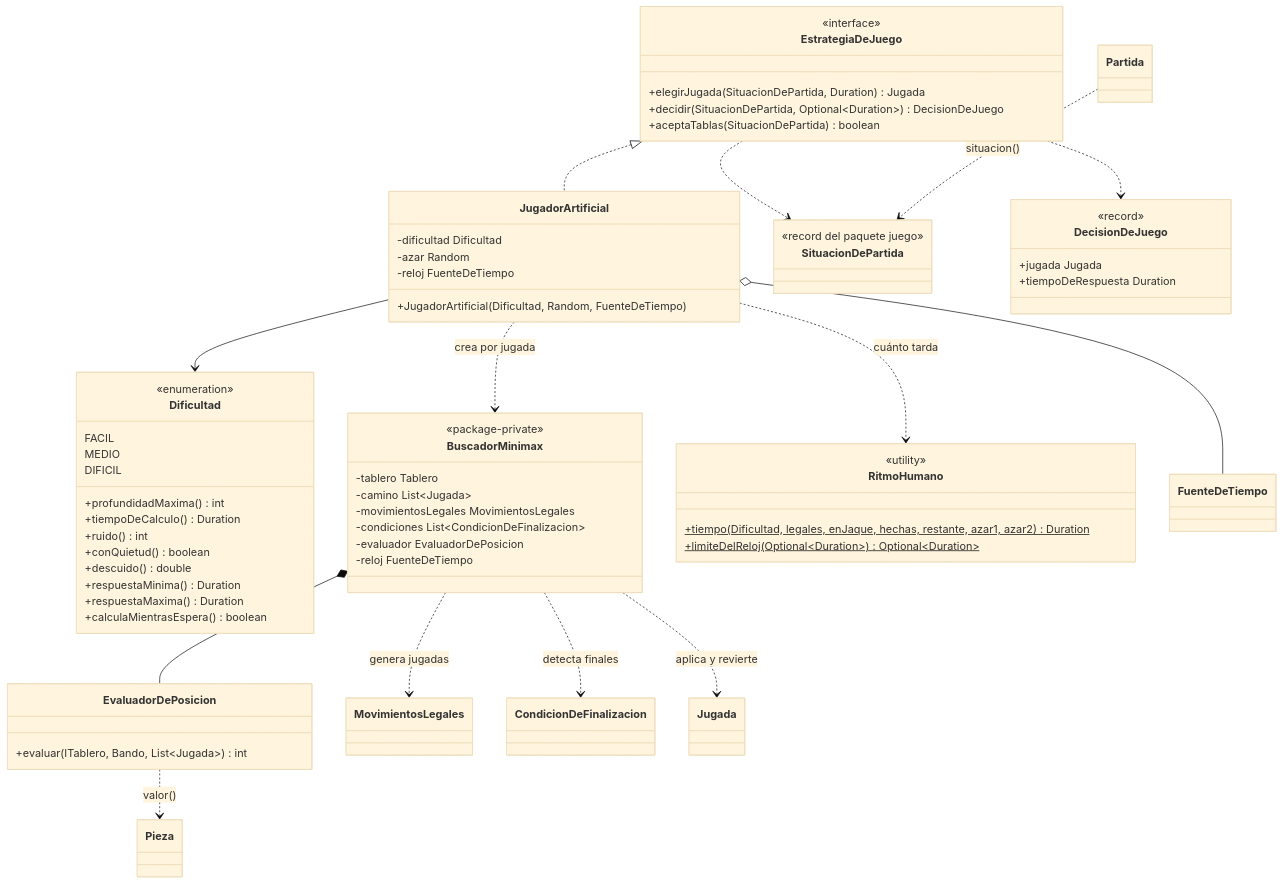
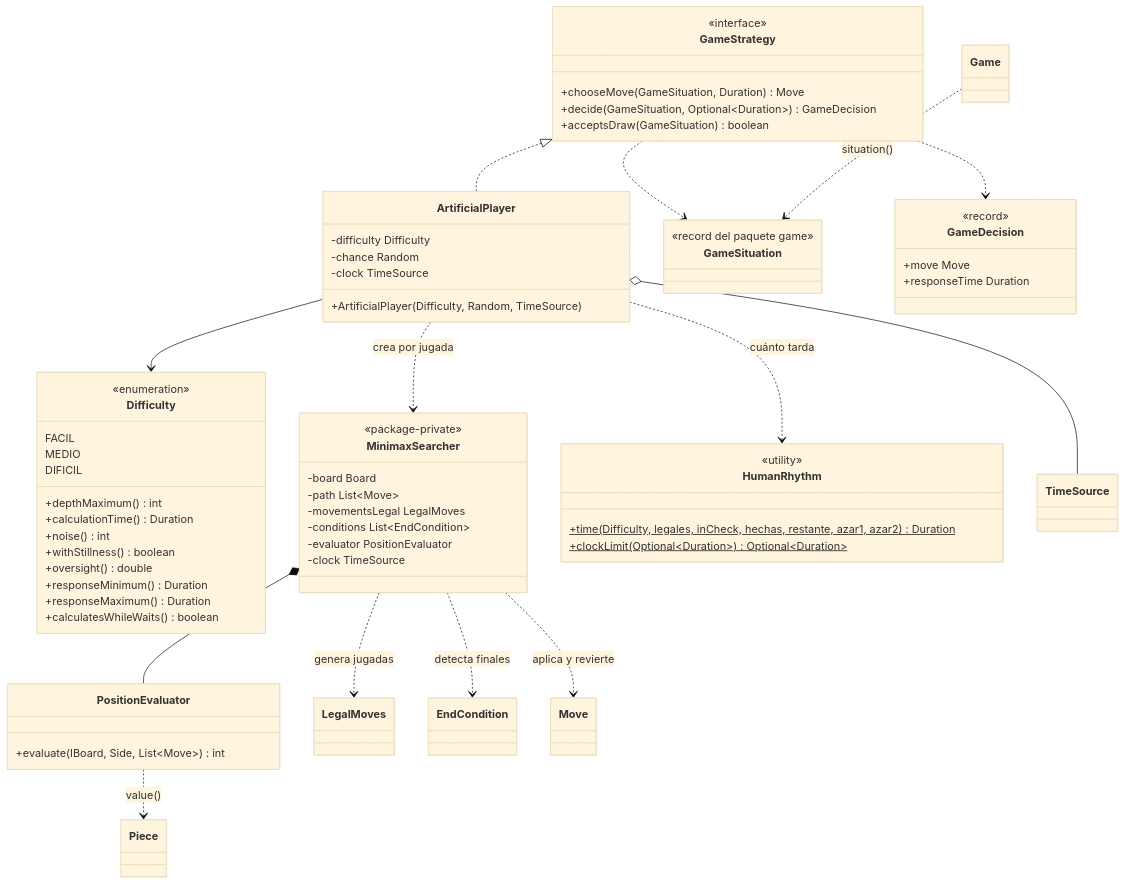
Before and after one commit to JoaquinIgnacioCampos/Chiquichess: the diagram in docs/uml/06-ia.md, drawn with Mermaid (base theme). The commit also changed other lines of this file and 12 other files, not shown here.

First line of the commit message:
Actualiza el UML al código en inglés y suma las clases nuevas

````diff
--- a/docs/uml/06-ia.md
+++ b/docs/uml/06-ia.md
@@ -15,77 +15,77 @@
 ```mermaid
 classDiagram
     direction TB
 
-    class EstrategiaDeJuego {
+    class GameStrategy {
         <<interface>>
-        +elegirJugada(SituacionDePartida, Duration) Jugada
-        +decidir(SituacionDePartida, Optional~Duration~) DecisionDeJuego
-        +aceptaTablas(SituacionDePartida) boolean
+        +chooseMove(GameSituation, Duration) Move
+        +decide(GameSituation, Optional~Duration~) GameDecision
+        +acceptsDraw(GameSituation) boolean
     }
 
-    class JugadorArtificial {
-        -dificultad Dificultad
-        -azar Random
-        -reloj FuenteDeTiempo
-        +JugadorArtificial(Dificultad, Random, FuenteDeTiempo)
+    class ArtificialPlayer {
+        -difficulty Difficulty
+        -chance Random
+        -clock TimeSource
+        +ArtificialPlayer(Difficulty, Random, TimeSource)
     }
 
-    class Dificultad {
+    class Difficulty {
         <<enumeration>>
         FACIL
         MEDIO
         DIFICIL
-        +profundidadMaxima() int
-        +tiempoDeCalculo() Duration
-        +ruido() int
-        +conQuietud() boolean
-        +descuido() double
-        +respuestaMinima() Duration
-        +respuestaMaxima() Duration
-        +calculaMientrasEspera() boolean
+        +depthMaximum() int
+        +calculationTime() Duration
+        +noise() int
+        +withStillness() boolean
+        +oversight() double
+        +responseMinimum() Duration
+        +responseMaximum() Duration
+        +calculatesWhileWaits() boolean
     }
 
-    class BuscadorMinimax {
+    class MinimaxSearcher {
         <<package-private>>
-        -tablero Tablero
-        -camino List~Jugada~
-        -movimientosLegales MovimientosLegales
-        -condiciones List~CondicionDeFinalizacion~
-        -evaluador EvaluadorDePosicion
-        -reloj FuenteDeTiempo
+        -board Board
+        -path List~Move~
+        -movementsLegal LegalMoves
+        -conditions List~EndCondition~
+        -evaluator PositionEvaluator
+        -clock TimeSource
     }
 
-    class EvaluadorDePosicion {
-        +evaluar(ITablero, Bando, List~Jugada~) int
+    class PositionEvaluator {
+        +evaluate(IBoard, Side, List~Move~) int
     }
 
-    class RitmoHumano {
+    class HumanRhythm {
         <<utility>>
-        +tiempo(Dificultad, legales, enJaque, hechas, restante, azar1, azar2)$ Duration
-        +limiteDelReloj(Optional~Duration~)$ Optional~Duration~
+        +time(Difficulty, legales, inCheck, hechas, restante, azar1, azar2)$ Duration
+        +clockLimit(Optional~Duration~)$ Optional~Duration~
     }
 
-    class SituacionDePartida {
-        <<record del paquete juego>>
+    class GameSituation {
+        <<record del paquete game>>
     }
 
-    class DecisionDeJuego {
+    class GameDecision {
         <<record>>
-        +jugada Jugada
-        +tiempoDeRespuesta Duration
+        +move Move
+        +responseTime Duration
     }
 
-    EstrategiaDeJuego <|.. JugadorArtificial
-    EstrategiaDeJuego ..> SituacionDePartida
-    EstrategiaDeJuego ..> DecisionDeJuego
-    JugadorArtificial --> Dificultad
-    JugadorArtificial ..> BuscadorMinimax : crea por jugada
-    JugadorArtificial ..> RitmoHumano : cuánto tarda
-    JugadorArtificial o-- FuenteDeTiempo
-    BuscadorMinimax *-- EvaluadorDePosicion
-    BuscadorMinimax ..> MovimientosLegales : genera jugadas
-    BuscadorMinimax ..> CondicionDeFinalizacion : detecta finales
-    BuscadorMinimax ..> Jugada : aplica y revierte
-    EvaluadorDePosicion ..> Pieza : valor()
-    Partida ..> SituacionDePartida : situacion()
+    GameStrategy <|.. ArtificialPlayer
+    GameStrategy ..> GameSituation
+    GameStrategy ..> GameDecision
+    ArtificialPlayer --> Difficulty
+    ArtificialPlayer ..> MinimaxSearcher : crea por jugada
+    ArtificialPlayer ..> HumanRhythm : cuánto tarda
+    ArtificialPlayer o-- TimeSource
+    MinimaxSearcher *-- PositionEvaluator
+    MinimaxSearcher ..> LegalMoves : genera jugadas
+    MinimaxSearcher ..> EndCondition : detecta finales
+    MinimaxSearcher ..> Move : aplica y revierte
+    PositionEvaluator ..> Piece : value()
+    Game ..> GameSituation : situation()
 ```
````
